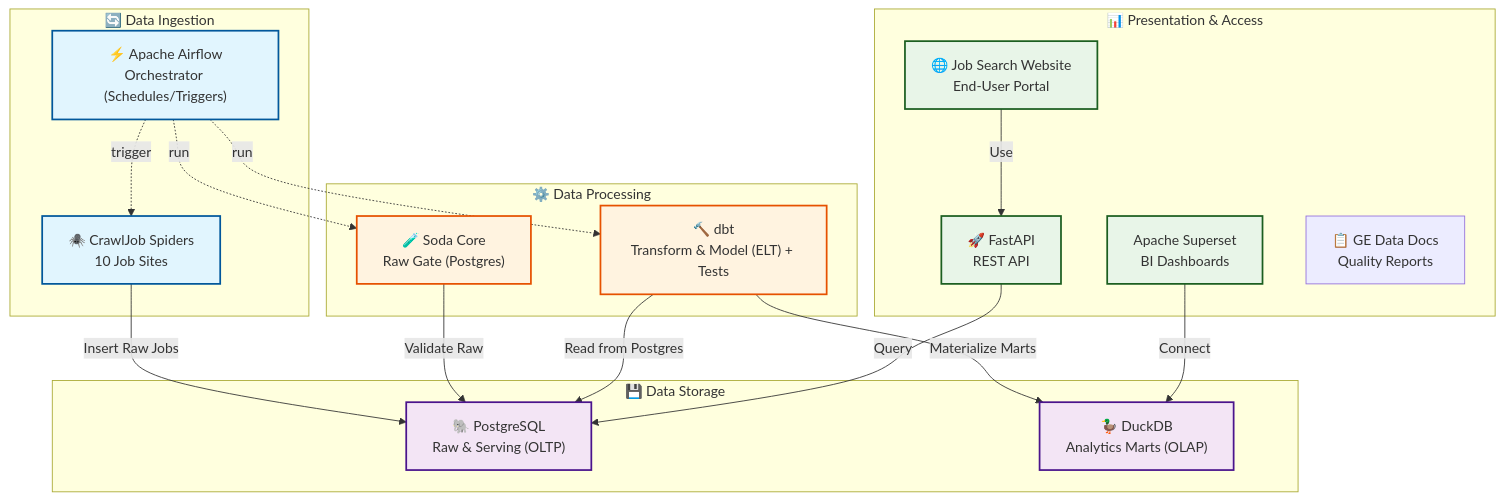
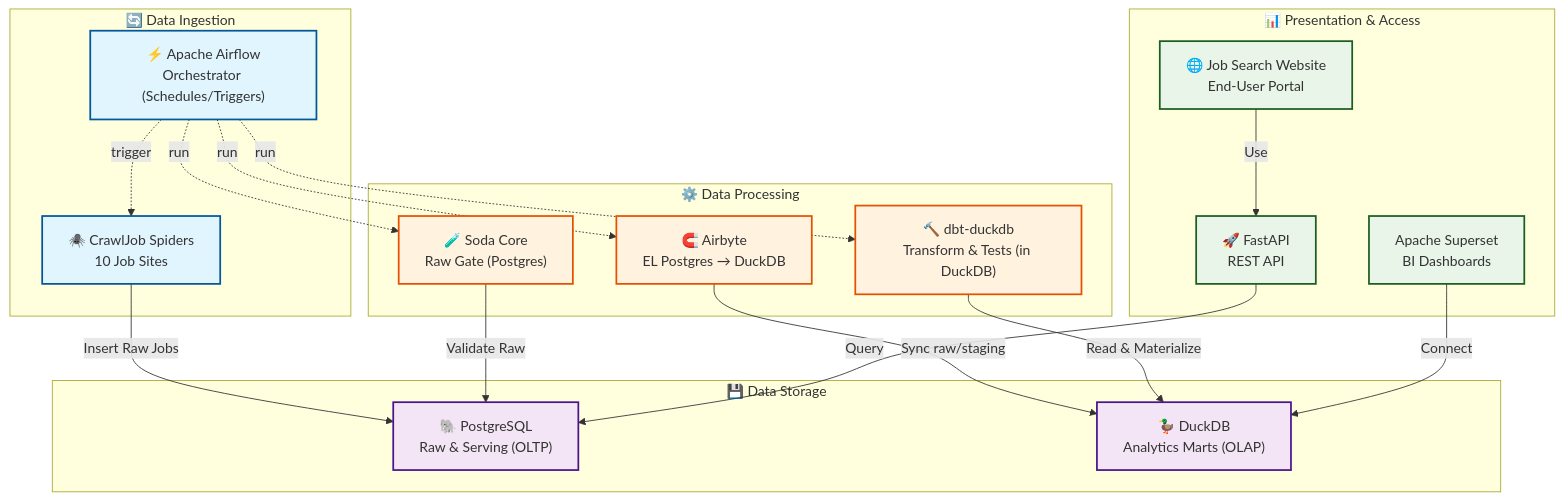
The first of 6 diagrams in plan/DATA_ENGINEERING_STACK_PLAN.md (thethien8a/Crawl-Jobs), drawn with Mermaid before and after one commit.

Commit message:
update plan

````diff
--- a/plan/DATA_ENGINEERING_STACK_PLAN.md
+++ b/plan/DATA_ENGINEERING_STACK_PLAN.md
@@ -49,52 +49,53 @@
 ```mermaid
 flowchart TD
     %% Layers
     subgraph ingestion["🔄 Data Ingestion"]
         spiders["🕷️ CrawlJob Spiders<br/>10 Job Sites"]
         airflow["⚡ Apache Airflow<br/>Orchestrator (Schedules/Triggers)"]
     end
 
     subgraph storage["💾 Data Storage"]
         postgres["🐘 PostgreSQL<br/>Raw & Serving (OLTP)"]
         duckdb["🦆 DuckDB<br/>Analytics Marts (OLAP)"]
     end
 
     subgraph processing["⚙️ Data Processing"]
         soda["🧪 Soda Core<br/>Raw Gate (Postgres)"]
-        dbt["🔨 dbt<br/>Transform & Model (ELT) + Tests"]
+        airbyte["🧲 Airbyte<br/>EL Postgres → DuckDB"]
+        dbt["🔨 dbt-duckdb<br/>Transform & Tests (in DuckDB)"]
     end
 
     subgraph presentation["📊 Presentation & Access"]
-    superset["Apache Superset<br/>BI Dashboards"]
+        superset["Apache Superset<br/>BI Dashboards"]
         fastapi["🚀 FastAPI<br/>REST API"]
         webapp["🌐 Job Search Website<br/>End-User Portal"]
-        ge_docs["📋 GE Data Docs<br/>Quality Reports"]
     end
 
     %% Orchestration (control-plane)
     airflow -. trigger .-> spiders
     airflow -. run .-> soda
+    airflow -. run .-> airbyte
     airflow -. run .-> dbt
 
     %% Data plane
     spiders -->|"Insert Raw Jobs"| postgres
     soda -->|"Validate Raw"| postgres
-    dbt -->|"Read from Postgres"| postgres
-    dbt -->|"Materialize Marts"| duckdb
+    airbyte -->|"Sync raw/staging"| duckdb
+    dbt -->|"Read & Materialize"| duckdb
 
     %% Serving
     fastapi -->|"Query"| postgres
     webapp -->|"Use"| fastapi
     superset -->|"Connect"| duckdb
 
     %% Styles
     classDef ingestionStyle fill:#e1f5fe,stroke:#01579b,stroke-width:2px
     classDef storageStyle fill:#f3e5f5,stroke:#4a148c,stroke-width:2px
     classDef processStyle fill:#fff3e0,stroke:#e65100,stroke-width:2px
     classDef presentStyle fill:#e8f5e8,stroke:#1b5e20,stroke-width:2px
 
     class spiders,airflow ingestionStyle
     class postgres,duckdb storageStyle
-    class dbt,soda processStyle
+    class dbt,airbyte,soda processStyle
     class superset,fastapi,webapp presentStyle
 ```
````
